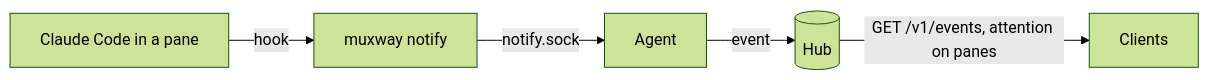
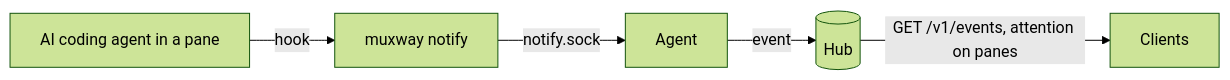
The first of 3 diagrams in docs/features/notifications.md (notmarkopadjen/muxway), drawn with Mermaid (forest theme) before and after one commit. The commit also changed other lines of this file and 11 other files, not shown here.

First line of the commit message:
README and docs: what is only here, AI coding agents with Claude Code the one tested, screenshots in amber

````diff
--- a/docs/features/notifications.md
+++ b/docs/features/notifications.md
@@ -8,7 +18,7 @@
 ```mermaid
 flowchart LR
-    CC[Claude Code in a pane] -- hook --> N[muxway notify]
+    CC[AI coding agent in a pane] -- hook --> N[muxway notify]
     N -- notify.sock --> A[Agent]
     A -- event --> H[(Hub)]
     H -- GET /v1/events, attention on panes --> C[Clients]
 ```
````
